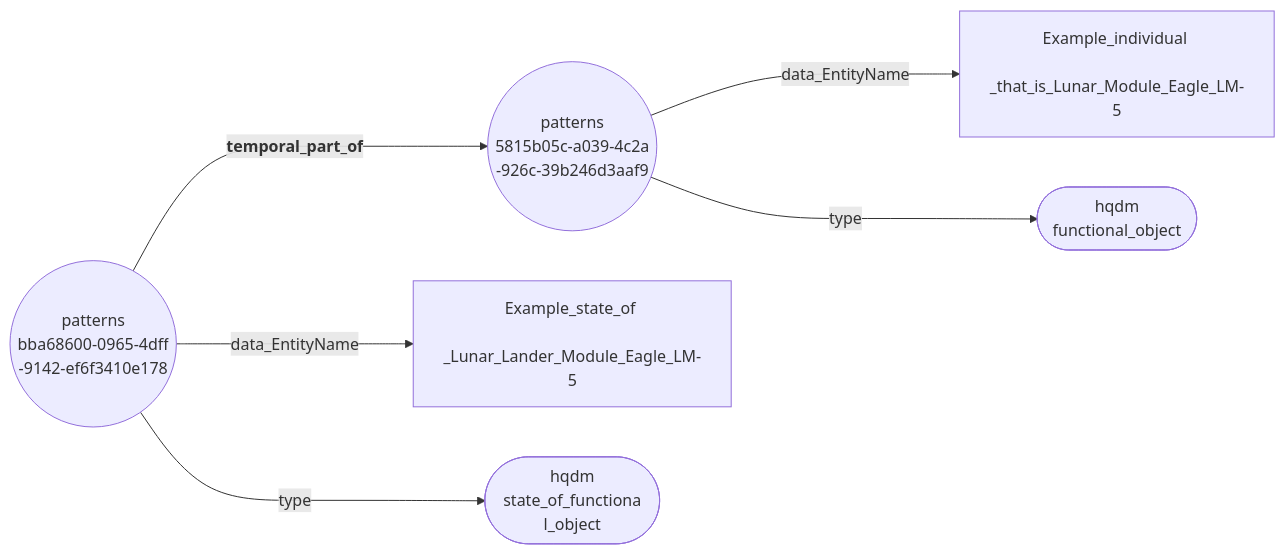
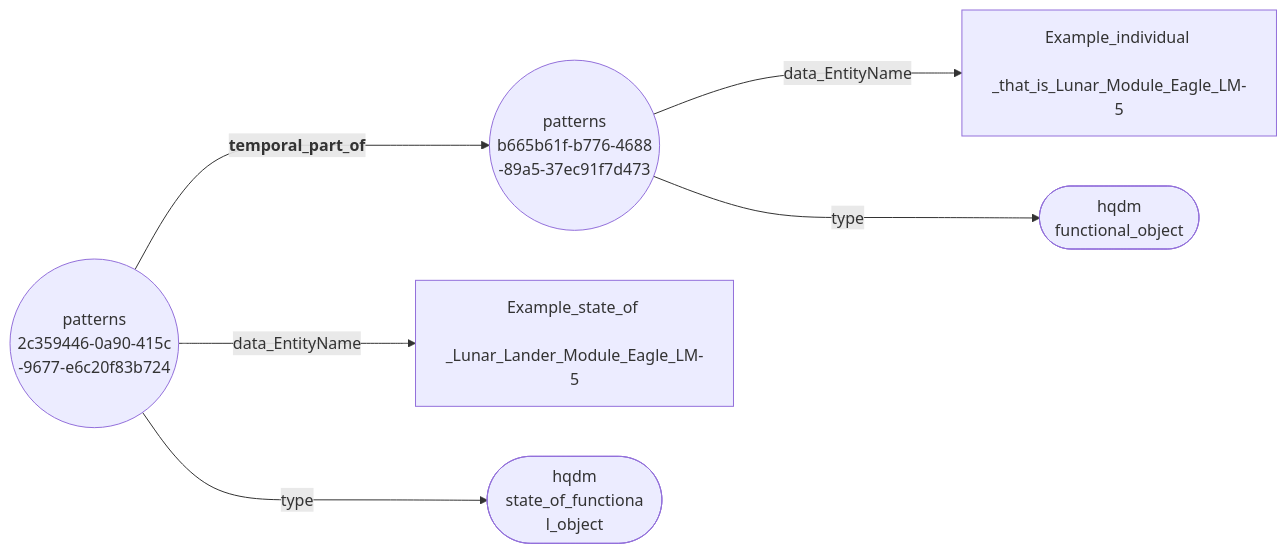
One commit to ClimbingAl/HqdmPatterns changed the diagram in docs/extras/example-files/temporalPartOfNodeEdgeGraph.mermaid. Above: the diagram before and after it, drawn with Mermaid. The commit also changed 135 other files, not shown here.

````diff
--- a/docs/extras/example-files/temporalPartOfNodeEdgeGraph.mermaid
+++ b/docs/extras/example-files/temporalPartOfNodeEdgeGraph.mermaid
@@ -1,8 +1,8 @@
 ``` mermaid
 graph LR
-  5815b05c-a039-4c2a-926c-39b246d3aaf9(("patterns <br> 5815b05c-a039-4c2a <br> -926c-39b246d3aaf9"))--->|"data_EntityName"|Example_individual_that_is_Lunar_Module_Eagle_LM-5["Example_individual <br> _that_is_Lunar_Module_Eagle_LM-5"];
-  5815b05c-a039-4c2a-926c-39b246d3aaf9(("patterns <br> 5815b05c-a039-4c2a <br> -926c-39b246d3aaf9"))--->|"type"|functional_object(["hqdm <br> functional_object"]);
-  bba68600-0965-4dff-9142-ef6f3410e178(("patterns <br> bba68600-0965-4dff <br> -9142-ef6f3410e178"))--->|"<b> temporal_part_of"|5815b05c-a039-4c2a-926c-39b246d3aaf9(("patterns <br> 5815b05c-a039-4c2a <br> -926c-39b246d3aaf9"));
-  bba68600-0965-4dff-9142-ef6f3410e178(("patterns <br> bba68600-0965-4dff <br> -9142-ef6f3410e178"))--->|"data_EntityName"|Example_state_of_Lunar_Lander_Module_Eagle_LM-5["Example_state_of <br> _Lunar_Lander_Module_Eagle_LM-5"];
-  bba68600-0965-4dff-9142-ef6f3410e178(("patterns <br> bba68600-0965-4dff <br> -9142-ef6f3410e178"))--->|"type"|state_of_functional_object(["hqdm <br> state_of_functiona <br> l_object"]);
+  b665b61f-b776-4688-89a5-37ec91f7d473(("patterns <br> b665b61f-b776-4688 <br> -89a5-37ec91f7d473"))--->|"data_EntityName"|Example_individual_that_is_Lunar_Module_Eagle_LM-5["Example_individual <br> _that_is_Lunar_Module_Eagle_LM-5"];
+  b665b61f-b776-4688-89a5-37ec91f7d473(("patterns <br> b665b61f-b776-4688 <br> -89a5-37ec91f7d473"))--->|"type"|functional_object(["hqdm <br> functional_object"]);
+  2c359446-0a90-415c-9677-e6c20f83b724(("patterns <br> 2c359446-0a90-415c <br> -9677-e6c20f83b724"))--->|"<b> temporal_part_of"|b665b61f-b776-4688-89a5-37ec91f7d473(("patterns <br> b665b61f-b776-4688 <br> -89a5-37ec91f7d473"));
+  2c359446-0a90-415c-9677-e6c20f83b724(("patterns <br> 2c359446-0a90-415c <br> -9677-e6c20f83b724"))--->|"data_EntityName"|Example_state_of_Lunar_Lander_Module_Eagle_LM-5["Example_state_of <br> _Lunar_Lander_Module_Eagle_LM-5"];
+  2c359446-0a90-415c-9677-e6c20f83b724(("patterns <br> 2c359446-0a90-415c <br> -9677-e6c20f83b724"))--->|"type"|state_of_functional_object(["hqdm <br> state_of_functiona <br> l_object"]);
 ```
````
